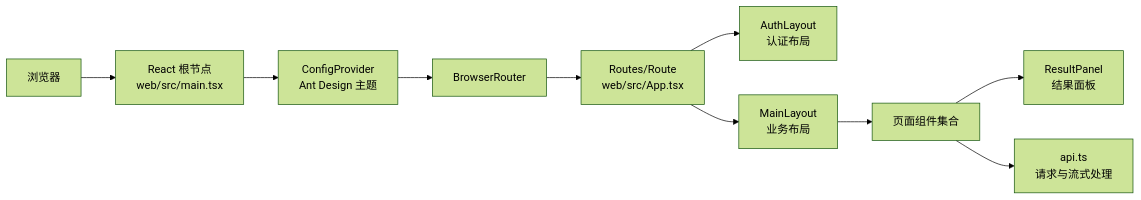
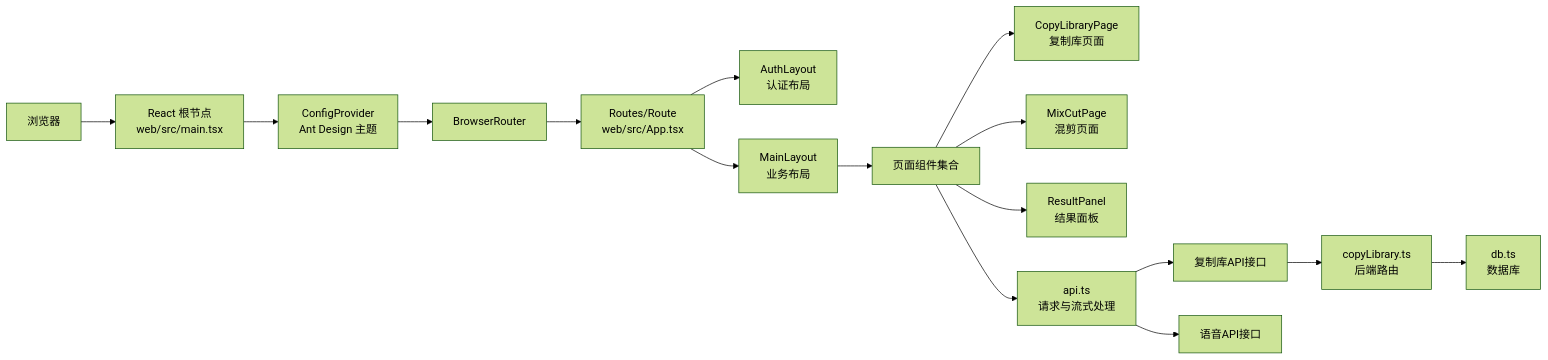
The second of 13 diagrams in .qoder/repowiki/zh/content/前端组件架构/前端组件架构.md (hanksd769-droid/sailshub), drawn with Mermaid (forest theme) before and after one commit. The commit also changed other lines of this file and 6 other files, not shown here.

````diff
--- a/.qoder/repowiki/zh/content/前端组件架构/前端组件架构.md
+++ b/.qoder/repowiki/zh/content/前端组件架构/前端组件架构.md
@@ -135,12 +165,18 @@
 ```mermaid
 graph LR
 Browser["浏览器"] --> ReactRoot["React 根节点<br/>web/src/main.tsx"]
 ReactRoot --> ConfigProvider["ConfigProvider<br/>Ant Design 主题"]
 ConfigProvider --> Router["BrowserRouter"]
 Router --> Routes["Routes/Route<br/>web/src/App.tsx"]
 Routes --> AuthLayout["AuthLayout<br/>认证布局"]
 Routes --> MainLayout["MainLayout<br/>业务布局"]
 MainLayout --> Pages["页面组件集合"]
+Pages --> CopyLibrary["CopyLibraryPage<br/>复制库页面"]
+Pages --> MixCut["MixCutPage<br/>混剪页面"]
 Pages --> ResultPanel["ResultPanel<br/>结果面板"]
 Pages --> API["api.ts<br/>请求与流式处理"]
+API --> CopyLibraryAPI["复制库API接口"]
+API --> VoiceAPI["语音API接口"]
+CopyLibraryAPI --> CopyLibraryRoute["copyLibrary.ts<br/>后端路由"]
+CopyLibraryRoute --> DB["db.ts<br/>数据库"]
 ```
````
